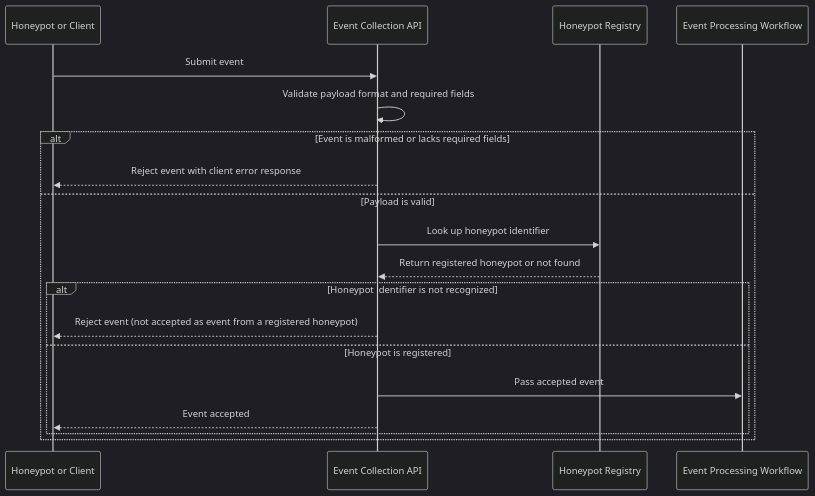
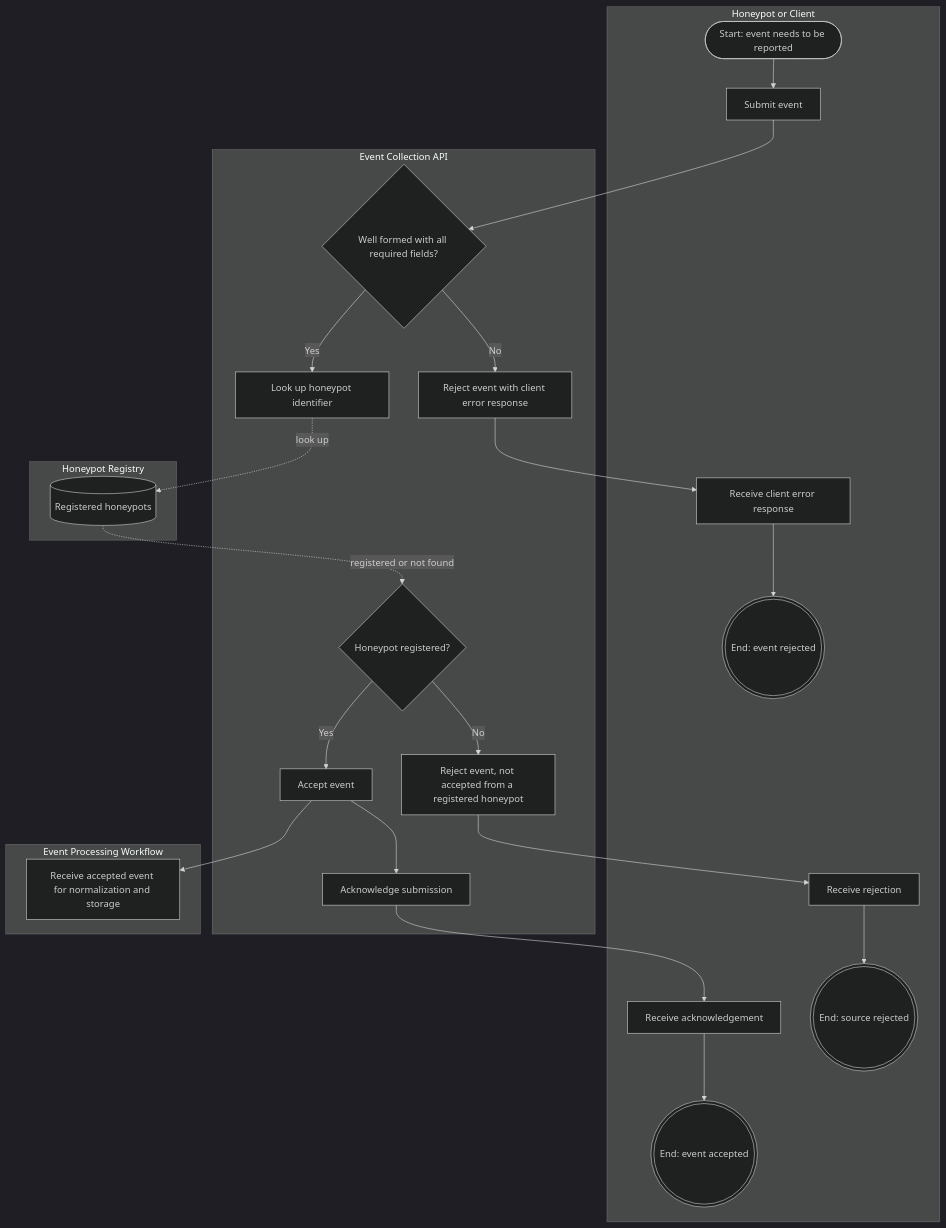
Before and after one commit to El-Dorado26/hive-honeypot-network: the diagram in docs/analysis/behavior/US-04-event-collection.md, drawn with Mermaid (dark theme). The commit also changed other lines of this file, not shown here.

Commit message:
Convert UML Sequence Diagram to Business Process Diagram
Updated UML sequence diagram to a business process diagram for event submission. Revised scenarios and acceptance criteria to reflect the new diagram.

````diff
--- a/docs/analysis/behavior/US-04-event-collection.md
+++ b/docs/analysis/behavior/US-04-event-collection.md
@@ -37,24 +39,40 @@
 ```mermaid
-sequenceDiagram
-    participant HP as Honeypot or Client
-    participant API as Event Collection API
-    participant Reg as Honeypot Registry
-    participant Proc as Event Processing Workflow
+flowchart TB
+    subgraph H["Honeypot or Client"]
+        H1(["Start: event needs to be reported"])
+        H2["Submit event"]
+        H3["Receive client error response"]
+        H4["Receive rejection"]
+        H5["Receive acknowledgement"]
+        HE1((("End: event rejected")))
+        HE2((("End: source rejected")))
+        HE3((("End: event accepted")))
+    end
 
-    HP->>API: Submit event
-    API->>API: Validate payload format and required fields
+    subgraph A["Event Collection API"]
+        A1{"Well formed with all required fields?"}
+        A2["Reject event with client error response"]
+        A3["Look up honeypot identifier"]
+        A4{"Honeypot registered?"}
+        A5["Reject event, not accepted from a registered honeypot"]
+        A6["Accept event"]
+        A7["Acknowledge submission"]
+    end
 
-    alt Event is malformed or lacks required fields
-        API-->>HP: Reject event with client error response
-    else Payload is valid
-        API->>Reg: Look up honeypot identifier
-        Reg-->>API: Return registered honeypot or not found
+    subgraph R["Honeypot Registry"]
+        R1[("Registered honeypots")]
+    end
 
-        alt Honeypot identifier is not recognized
-            API-->>HP: Reject event (not accepted as event from a registered honeypot)
-        else Honeypot is registered
-            API->>Proc: Pass accepted event
-            API-->>HP: Event accepted
-        end
+    subgraph P["Event Processing Workflow"]
+        P1["Receive accepted event for normalization and storage"]
     end
+
+    H1 --> H2 --> A1
+    A1 -->|"No"| A2 --> H3 --> HE1
+    A1 -->|"Yes"| A3
+    A3 -.->|"look up"| R1
+    R1 -.->|"registered or not found"| A4
+    A4 -->|"No"| A5 --> H4 --> HE2
+    A4 -->|"Yes"| A6 --> P1
+    A6 --> A7 --> H5 --> HE3
 ```
````
